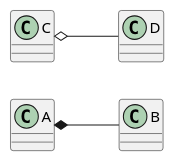
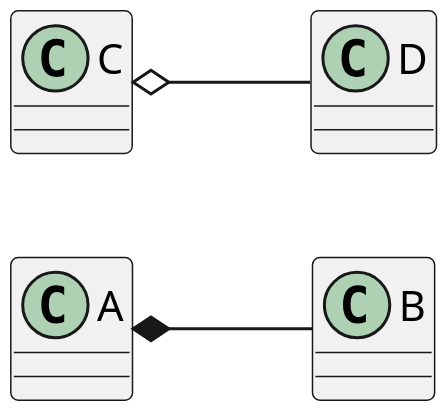
The first of 10 diagrams in Lectures/04_Modelling_Structure.org (bth-dipt-teaching/PA1458-OO-Design), drawn with PlantUML before and after one commit. The commit also changed other lines of this file and 31 other files, not shown here.

```diff
--- a/Lectures/04_Modelling_Structure.org
+++ b/Lectures/04_Modelling_Structure.org
@@ -123,5 +123,6 @@
 #+BEGIN_SRC plantuml :file FAggregation.png
 left to right direction
+scale 400 height
 A *-- B
 C o-- D
 #+END_SRC
```
